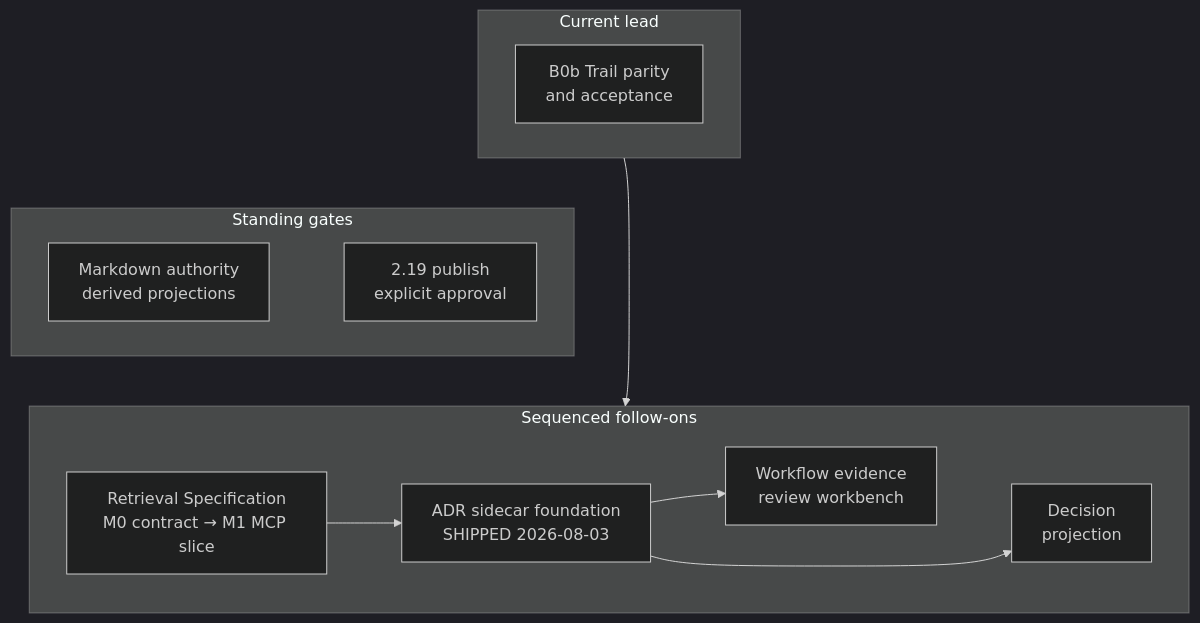
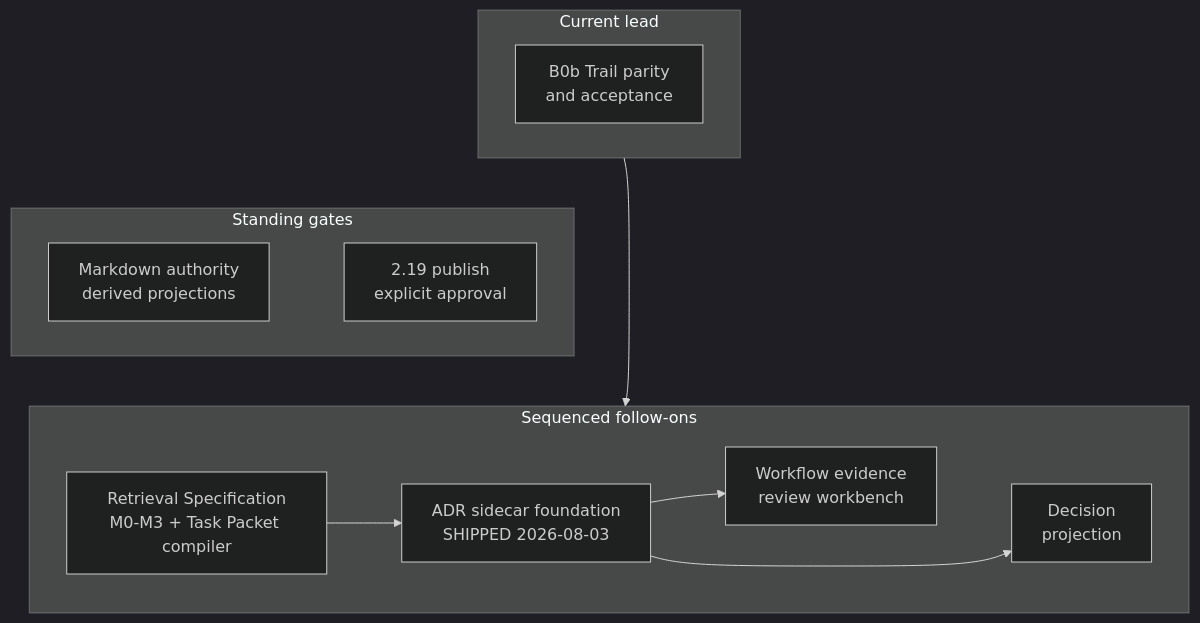
One commit to jnl-tshi/memory-seed changed diagram 25 of 25 in docs/3_Spec/functionality-audit.md. Above: the diagram before and after it, drawn with Mermaid (dark theme). The commit also changed other lines of this file and 33 other files, not shown here.

First line of the commit message:
Integrate reconstructable Task Packet delivery

````diff
--- a/docs/3_Spec/functionality-audit.md
+++ b/docs/3_Spec/functionality-audit.md
@@ -1224,23 +1237,23 @@
 ```mermaid
 graph TD
   subgraph CurrentTier["Current lead"]
     direction LR
     B0B["B0b Trail parity<br>and acceptance"]
   end
   subgraph GuardTier["Standing gates"]
     direction LR
     QUALITY["Markdown authority<br>derived projections"] ~~~ RELEASE["2.19 publish<br>explicit approval"]
   end
   subgraph FollowOnTier["Sequenced follow-ons"]
     direction LR
-    RETSPEC["Retrieval Specification<br>M0 contract → M1 MCP slice"]
+    RETSPEC["Retrieval Specification<br>M0-M3 + Task Packet compiler"]
     SEM["ADR sidecar foundation<br>SHIPPED 2026-08-03"] ~~~ REVIEW["Workflow evidence<br>review workbench"] ~~~ PROJ["Decision<br>projection"]
   end
   CurrentTier ~~~ GuardTier
   GuardTier ~~~ FollowOnTier
   B0B ~~~ RETSPEC
   RETSPEC --> SEM
   B0B --> SEM
   SEM --> REVIEW
   SEM --> PROJ
 ```
````
